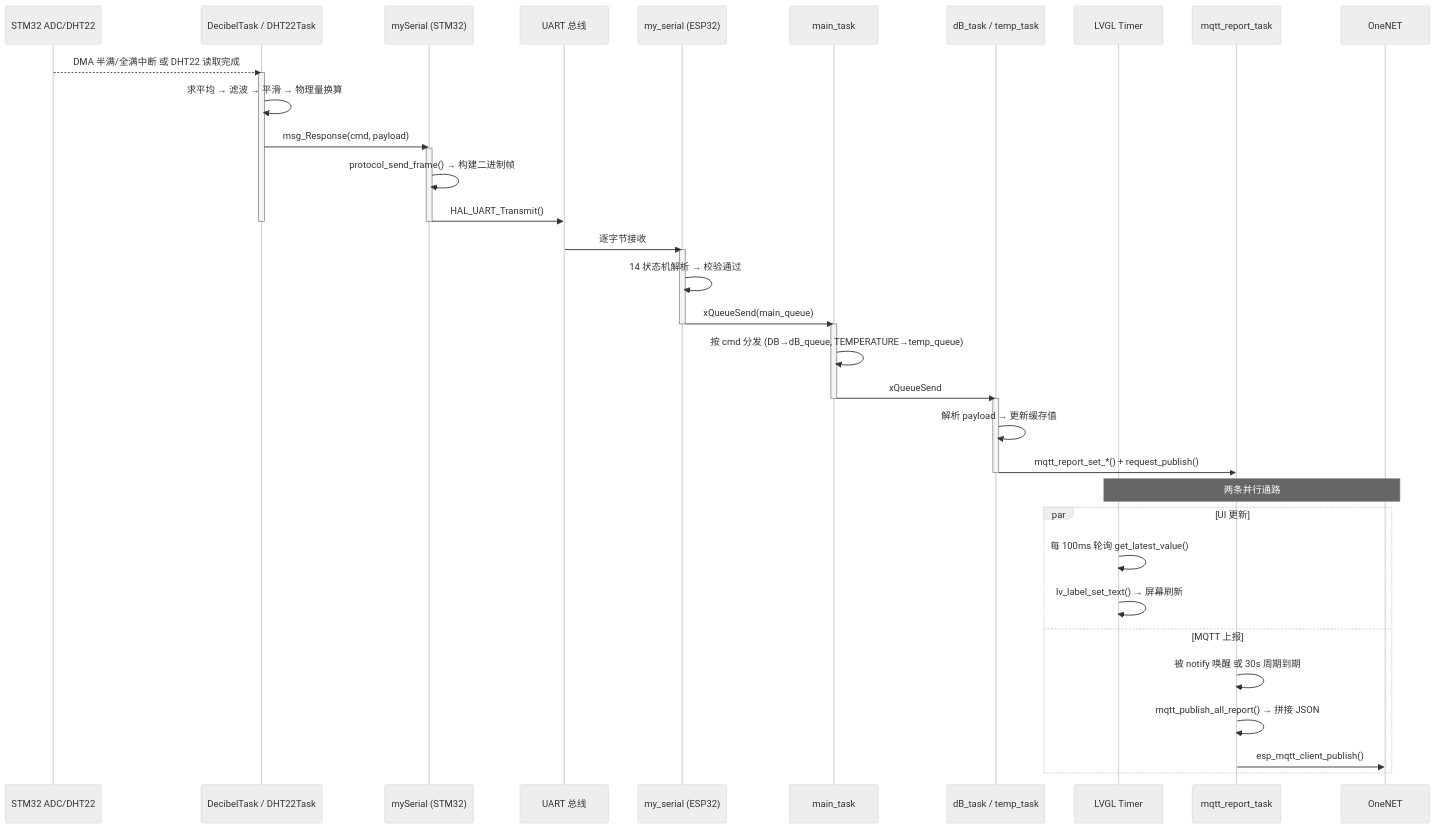
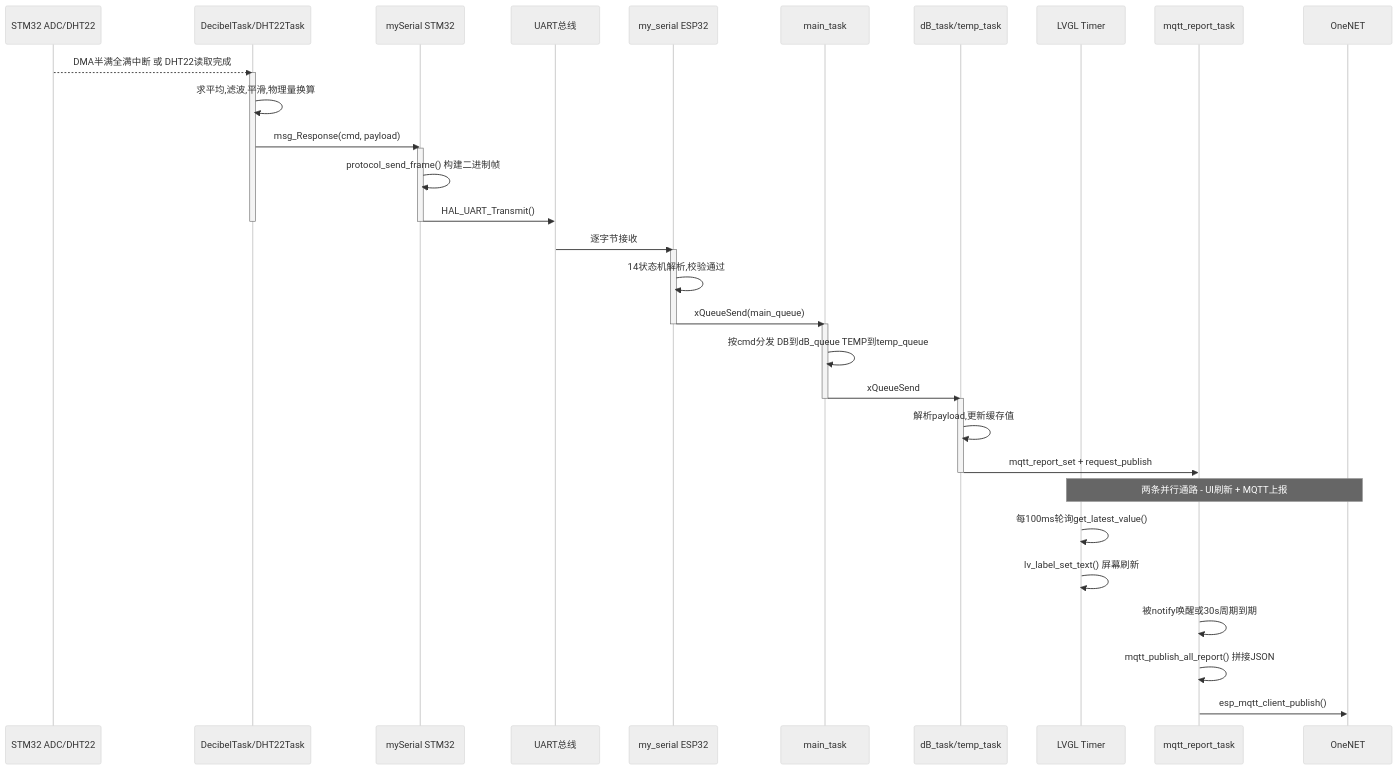
The third of 5 diagrams in README.md (Li-HF2025/-enviroment_monitor_-_1_), drawn with Mermaid (neutral theme) before and after one commit. The commit also changed other lines of this file, not shown here.

First line of the commit message:
Fix Mermaid diagram syntax for GitHub rendering compatibility

````diff
--- a/README.md
+++ b/README.md
@@ -1025,49 +1025,46 @@
 ```mermaid
 sequenceDiagram
     participant ADC as STM32 ADC/DHT22
-    participant STM as DecibelTask / DHT22Task
-    participant SER as mySerial (STM32)
-    participant UART as UART 总线
-    participant ESP as my_serial (ESP32)
+    participant STM as DecibelTask/DHT22Task
+    participant SER as mySerial STM32
+    participant UART as UART总线
+    participant ESP as my_serial ESP32
     participant MAIN as main_task
-    participant TASK as dB_task / temp_task
+    participant TASK as dB_task/temp_task
     participant UI as LVGL Timer
     participant MQ as mqtt_report_task
     participant CLD as OneNET
 
-    ADC-->>STM: DMA 半满/全满中断 或 DHT22 读取完成
+    ADC-->>STM: DMA半满全满中断 或 DHT22读取完成
     activate STM
-    STM->>STM: 求平均 → 滤波 → 平滑 → 物理量换算
+    STM->>STM: 求平均,滤波,平滑,物理量换算
     STM->>SER: msg_Response(cmd, payload)
     activate SER
-    SER->>SER: protocol_send_frame() → 构建二进制帧
+    SER->>SER: protocol_send_frame() 构建二进制帧
     SER->>UART: HAL_UART_Transmit()
     deactivate SER
     deactivate STM
 
     UART->>ESP: 逐字节接收
     activate ESP
-    ESP->>ESP: 14 状态机解析 → 校验通过
+    ESP->>ESP: 14状态机解析,校验通过
     ESP->>MAIN: xQueueSend(main_queue)
     deactivate ESP
 
     activate MAIN
-    MAIN->>MAIN: 按 cmd 分发 (DB→dB_queue, TEMPERATURE→temp_queue)
+    MAIN->>MAIN: 按cmd分发 DB到dB_queue TEMP到temp_queue
     MAIN->>TASK: xQueueSend
     deactivate MAIN
 
     activate TASK
-    TASK->>TASK: 解析 payload → 更新缓存值
-    TASK->>MQ: mqtt_report_set_*() + request_publish()
+    TASK->>TASK: 解析payload,更新缓存值
+    TASK->>MQ: mqtt_report_set + request_publish
     deactivate TASK
 
-    Note over UI,CLD: 两条并行通路
-    par UI 更新
-        UI->>UI: 每 100ms 轮询 get_latest_value()
-        UI->>UI: lv_label_set_text() → 屏幕刷新
-    and MQTT 上报
-        MQ->>MQ: 被 notify 唤醒 或 30s 周期到期
-        MQ->>MQ: mqtt_publish_all_report() → 拼接 JSON
-        MQ->>CLD: esp_mqtt_client_publish()
-    end
+    Note over UI,CLD: 两条并行通路 - UI刷新 + MQTT上报
+    UI->>UI: 每100ms轮询get_latest_value()
+    UI->>UI: lv_label_set_text() 屏幕刷新
+    MQ->>MQ: 被notify唤醒或30s周期到期
+    MQ->>MQ: mqtt_publish_all_report() 拼接JSON
+    MQ->>CLD: esp_mqtt_client_publish()
 ```
````
